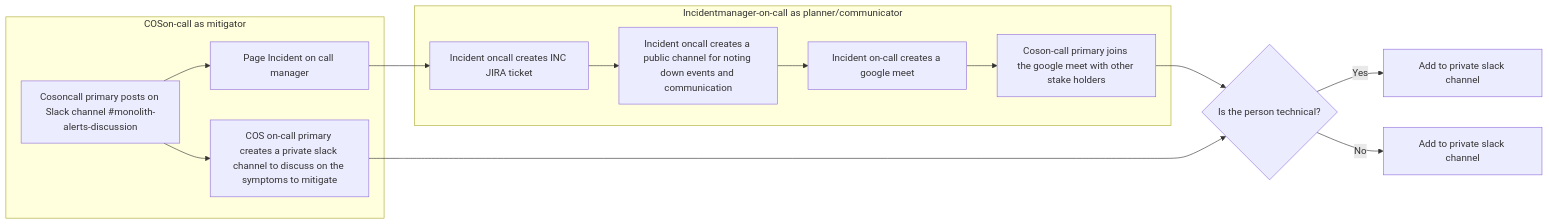
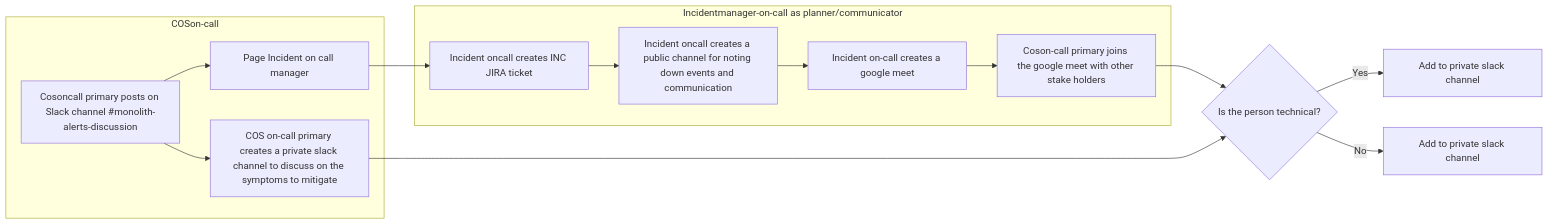
The sixth of 19 diagrams in 3_Resources/Tasks/Global runbook for cosoncall.md (connectpalaniappan/pal-notes), drawn with Mermaid before and after one commit. The commit also changed other lines of this file and 69 other files, not shown here.

````diff
--- a/3_Resources/Tasks/Global runbook for cosoncall.md
+++ b/3_Resources/Tasks/Global runbook for cosoncall.md
@@ -98,18 +98,18 @@
 ```mermaid
 flowchart LR
- subgraph COSon-call as mitigator 
+ subgraph COSon-call  
    Mitigator[Cosoncall primary posts on Slack channel #monolith-alerts-discussion] --> PageIncidentOnCall[Page Incident on call manager]
    Mitigator --> CreateMitigatorSlackChannel[COS on-call primary creates a private slack channel to discuss on the symptoms to mitigate]
   end 
   subgraph Incidentmanager-on-call as planner/communicator
     PageIncidentOnCall --> JiraTicket[Incident oncall creates INC JIRA ticket]
     JiraTicket --> CreateCommSlackChannel[Incident oncall creates a public channel for noting down events and communication]
     CreateCommSlackChannel --> CreateGoogleMeet[Incident on-call creates a google meet]
     CreateGoogleMeet --> JoinGoogleMeet[Coson-call primary joins the google meet with other stake holders]
   end
 
 JoinGoogleMeet --> TechnicalFolk{Is the person technical?}
 TechnicalFolk --> |Yes| AddMitigatorSlackChannel[Add to private slack channel]
 TechnicalFolk --> |No| AddCommSlackChannel[Add to private slack channel]
 CreateMitigatorSlackChannel --> TechnicalFolk
 ```
````
